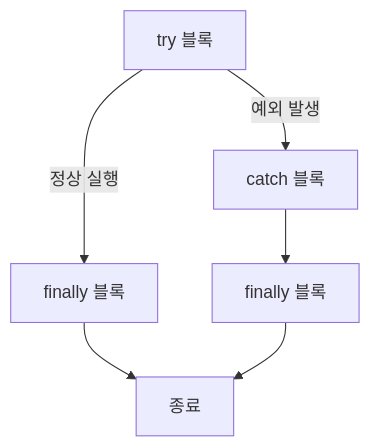
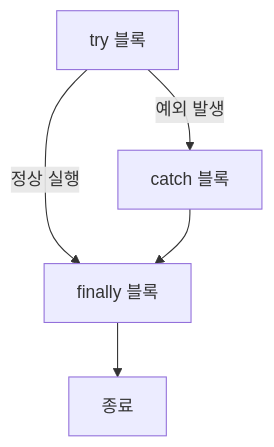
The fourth of 10 diagrams in content/post/2024/2024-10-17-exception/index.md (42jerrykim/42jerrykim.github.io), drawn with Mermaid before and after one commit. The commit also changed other lines of this file and 239 other files, not shown here.

````diff
--- a/content/post/2024/2024-10-17-exception/index.md
+++ b/content/post/2024/2024-10-17-exception/index.md
@@ -418,8 +368,7 @@
 ```mermaid
 graph TD;
-    A[try 블록] -->|예외 발생| B[catch 블록]
-    A -->|정상 실행| C[finally 블록]
-    B --> D[finally 블록]
-    C --> E[종료]
-    D --> E
+    TryBlock["try 블록"] -->|"예외 발생"| CatchBlock["catch 블록"]
+    TryBlock -->|"정상 실행"| FinallyBlock["finally 블록"]
+    CatchBlock --> FinallyBlock
+    FinallyBlock --> EndNode["종료"]
 ```
````
